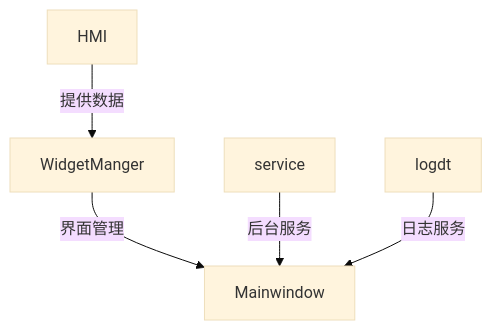
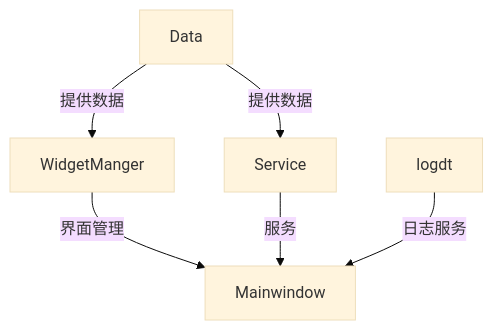
One commit to Dragon-qing/ToolKit changed the diagram in README.md. Above: the diagram before and after it, drawn with Mermaid (base theme).

Commit message:
docs: 修改md文档

````diff
--- a/README.md
+++ b/README.md
@@ -17,7 +17,8 @@
 ```mermaid
 graph TD
   WidgetManger--界面管理--> Mainwindow
-  service--后台服务-->Mainwindow
+  Service--服务-->Mainwindow
   logdt--日志服务-->Mainwindow
-  HMI--提供数据-->WidgetManger
+  Data--提供数据-->WidgetManger
+  Data--提供数据-->Service
 ```
````
